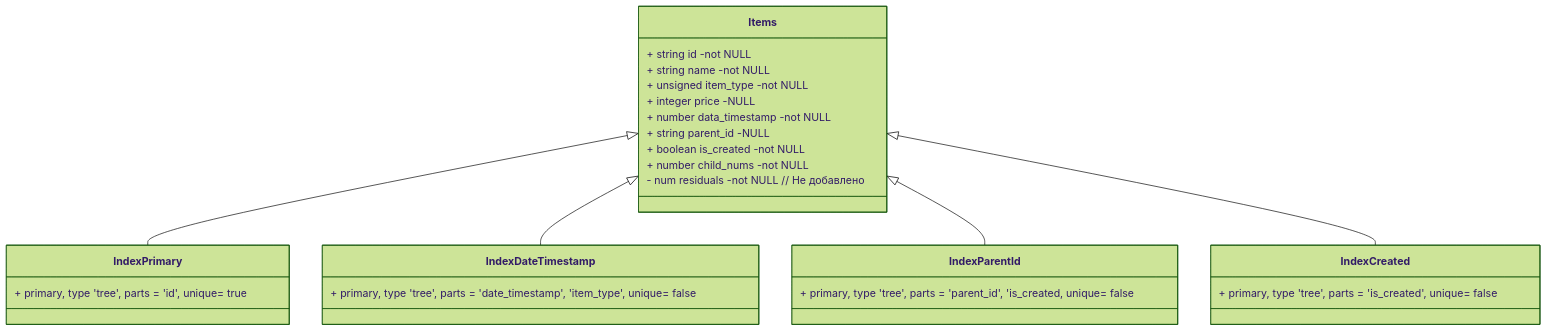
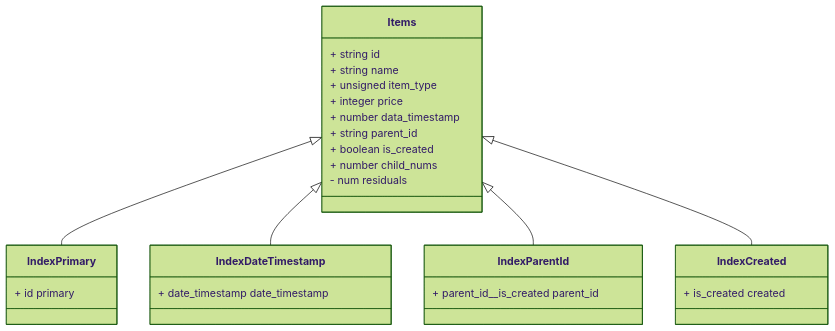
One commit to MBHuman/YandeBackendTask changed the first of 2 diagrams in database/README.md. Above: the diagram before and after it, drawn with Mermaid (forest theme).

````diff
--- a/database/README.md
+++ b/database/README.md
@@ -8,31 +8,31 @@
 ```mermaid
 classDiagram
-
+    class Items
     Items <|-- IndexPrimary
     Items <|-- IndexDateTimestamp
     Items <|-- IndexParentId
     Items <|-- IndexCreated
 
-    Items:+ string id -not NULL
-    Items:+ string name -not NULL
-    Items:+ unsigned item_type -not NULL
-    Items:+ integer price -NULL
-    Items:+ number data_timestamp -not NULL
-    Items:+ string parent_id -NULL
-    Items:+ boolean is_created -not NULL
-    Items:+ number child_nums -not NULL
-    Items:- num residuals -not NULL // Не добавлено
+    Items:+ string id
+    Items:+ string name
+    Items:+ unsigned item_type
+    Items:+ integer price
+    Items:+ number data_timestamp 
+    Items:+ string parent_id
+    Items:+ boolean is_created
+    Items:+ number child_nums
+    Items:- num residuals
 
     class IndexPrimary{
-        + primary, type 'tree', parts = 'id', unique= true
+        + id primary
     }
     class IndexDateTimestamp{
-        + primary, type 'tree', parts = 'date_timestamp', 'item_type', unique= false
+        + date_timestamp date_timestamp
     }
     class IndexParentId{
-        + primary, type 'tree', parts = 'parent_id', 'is_created, unique= false
+        + parent_id__is_created parent_id
     }
     class IndexCreated{
-        + primary, type 'tree', parts = 'is_created', unique= false
+        + is_created created 
     }
 ```
````
